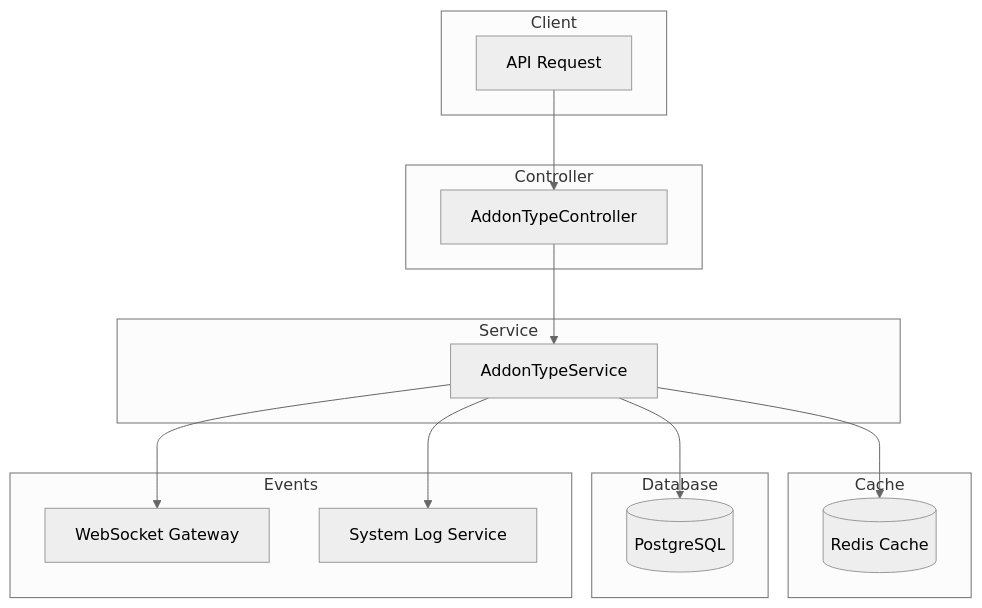
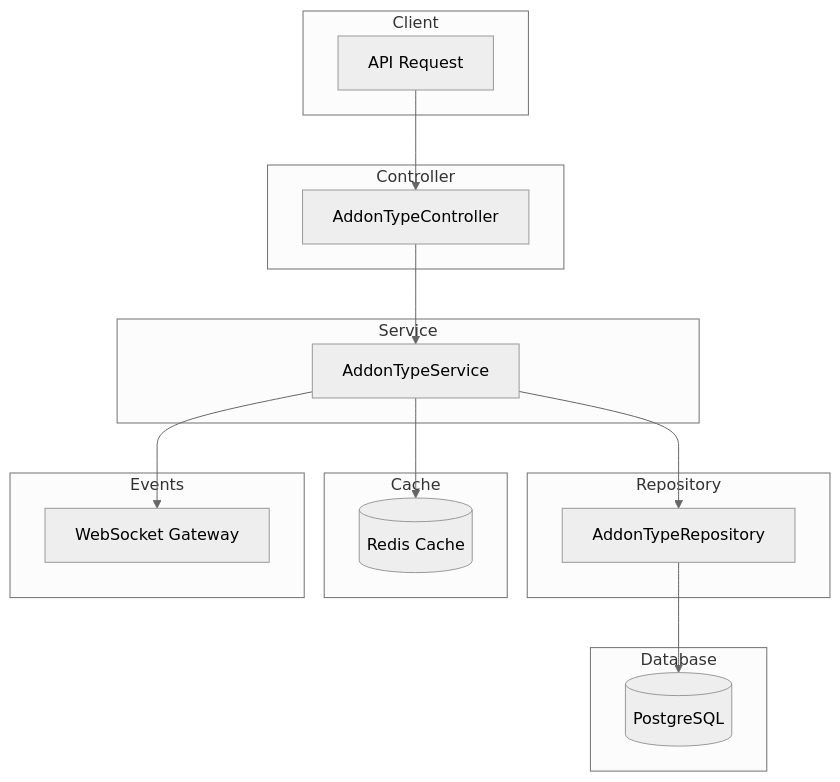
One commit to ZombieGenZ/gen-hub changed the diagram in server/documents/api-document/addon-type-module.md. Above: the diagram before and after it, drawn with Mermaid (neutral theme). The commit also changed other lines of this file and 25 other files, not shown here.

Commit message:
update amenity và addon type

````diff
--- a/server/documents/api-document/addon-type-module.md
+++ b/server/documents/api-document/addon-type-module.md
@@ -19,34 +11,37 @@
 ```mermaid
 flowchart TB
     subgraph Client
         A[API Request]
     end
-
+    
     subgraph Controller
         B[AddonTypeController]
     end
-
+    
     subgraph Service
         C[AddonTypeService]
     end
-
+    
+    subgraph Repository
+        D[AddonTypeRepository]
+    end
+    
     subgraph Cache
-        D[(Redis Cache)]
+        E[(Redis Cache)]
     end
-
+    
     subgraph Database
-        E[(PostgreSQL)]
+        F[(PostgreSQL)]
     end
-
+    
     subgraph Events
-        F[WebSocket Gateway]
-        G[System Log Service]
+        G[WebSocket Gateway]
     end
-
+    
     A --> B
     B --> C
     C --> D
     C --> E
-    C --> F
+    D --> F
     C --> G
 ```
````
